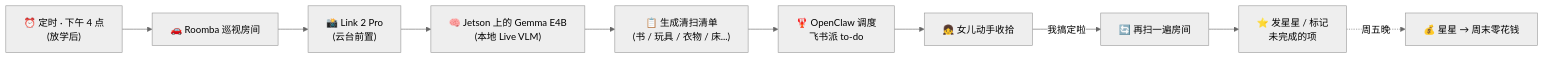
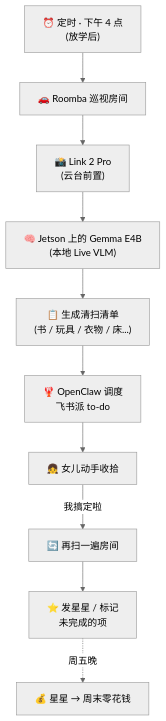
One commit to peterpanstechland/peterpanstechland.github.io changed the first of 2 diagrams in i18n/zh-Hans/docusaurus-plugin-content-docs/current/hackathons/2026/roomba-vllm.md. Above: the diagram before and after it, drawn with Mermaid (neutral theme). The commit also changed 1 other file, not shown here.

Commit message:
docs(roomba-vllm): switch daily-loop diagram to flowchart TB for legibility
The 9-node daily loop was rendering as a single horizontal strip on most
viewports — text became unreadable. Switching to flowchart TB lets each
node take its natural width on a vertical axis. EN and ZH in lockstep.

Made-with: Cursor

````diff
--- a/i18n/zh-Hans/docusaurus-plugin-content-docs/current/hackathons/2026/roomba-vllm.md
+++ b/i18n/zh-Hans/docusaurus-plugin-content-docs/current/hackathons/2026/roomba-vllm.md
@@ -98,12 +98,12 @@
 ```mermaid
-graph LR
+flowchart TB
     Cron["⏰ 定时 · 下午 4 点<br/>(放学后)"] --> Patrol["🚗 Roomba 巡视房间"]
     Patrol --> Capture["📸 Link 2 Pro<br/>(云台前置)"]
     Capture --> VLM["🧠 Jetson 上的 Gemma E4B<br/>(本地 Live VLM)"]
     VLM --> Eval["📋 生成清扫清单<br/>(书 / 玩具 / 衣物 / 床...)"]
     Eval --> OpenClaw["🦞 OpenClaw 调度<br/>飞书派 to-do"]
     OpenClaw --> Kid["👧 女儿动手收拾"]
     Kid -->|"我搞定啦"| Rescan["🔄 再扫一遍房间"]
     Rescan --> Stars["⭐ 发星星 / 标记<br/>未完成的项"]
     Stars -.->|"周五晚"| Allowance["💰 星星 → 周末零花钱"]
 ```
````
